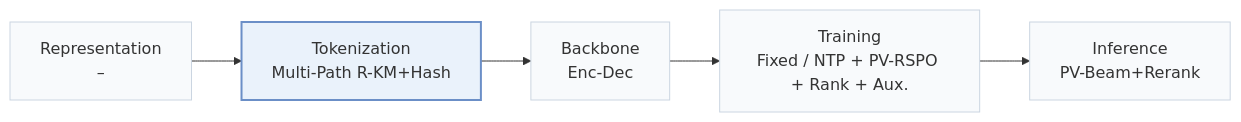
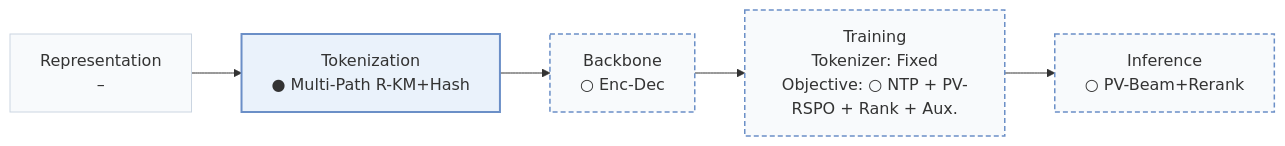
Before and after one commit to Galaxy-ghost/Awesome-SID-Generative-Rec: the first of 2 diagrams in pages/papers/gr4ad-x.md, drawn with Mermaid. The commit also changed other lines of this file and 558 other files, not shown here.

````diff
--- a/pages/papers/gr4ad-x.md
+++ b/pages/papers/gr4ad-x.md
@@ -15,8 +18,10 @@
 ```mermaid
 flowchart LR
-    R["Representation<br/>–"] --> T["Tokenization<br/>Multi-Path R-KM+Hash"] --> B["Backbone<br/>Enc-Dec"] --> TR["Training<br/>Fixed / NTP + PV-RSPO + Rank + Aux."] --> I["Inference<br/>PV-Beam+Rerank"]
+    R["Representation<br/>–"] --> T["Tokenization<br/>● Multi-Path R-KM+Hash"] --> B["Backbone<br/>○ Enc-Dec"] --> TR["Training<br/>Tokenizer: Fixed<br/>Objective: ○ NTP + PV-RSPO + Rank + Aux."] --> I["Inference<br/>○ PV-Beam+Rerank"]
     classDef base fill:#f8fafc,stroke:#cbd5e1
     class R,T,B,TR,I base
+    classDef other fill:#f8fafc,stroke:#6b8fc7,stroke-width:1.5px,stroke-dasharray:5 3
+    class B,TR,I other
     classDef main fill:#eaf2fb,stroke:#6b8fc7,stroke-width:2px
     class T main
 ```
````
